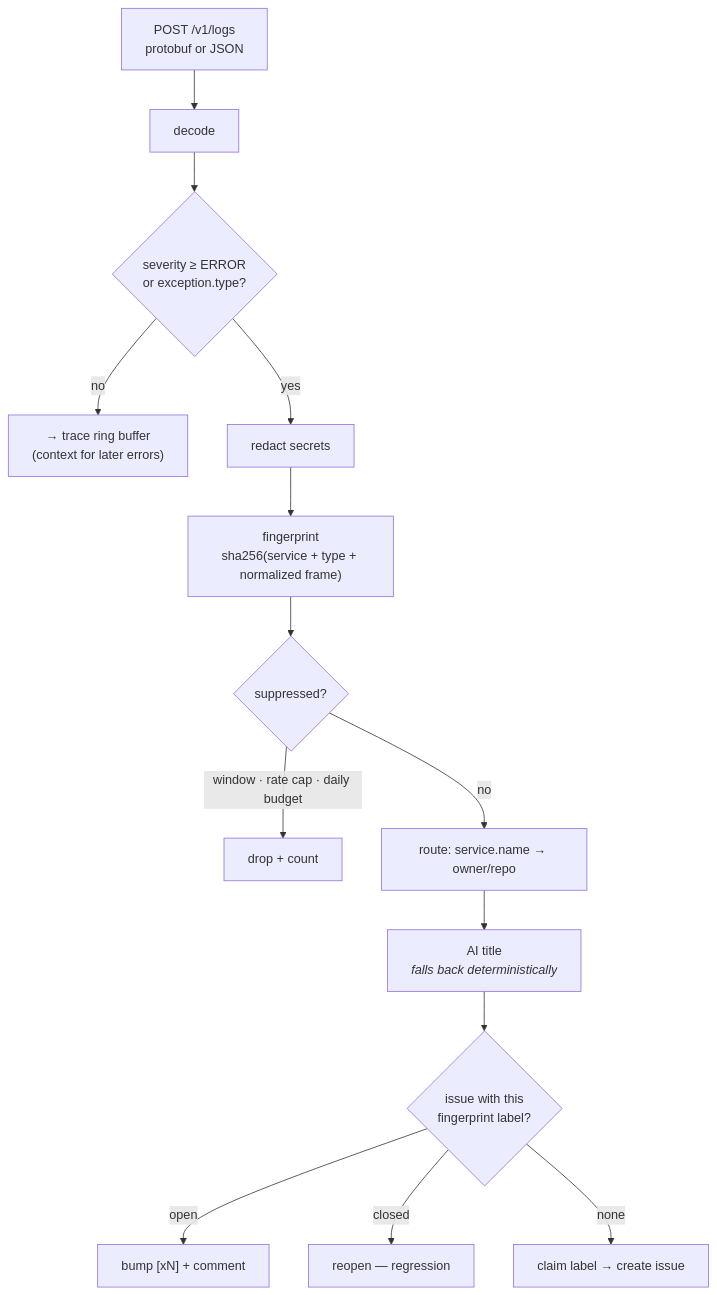
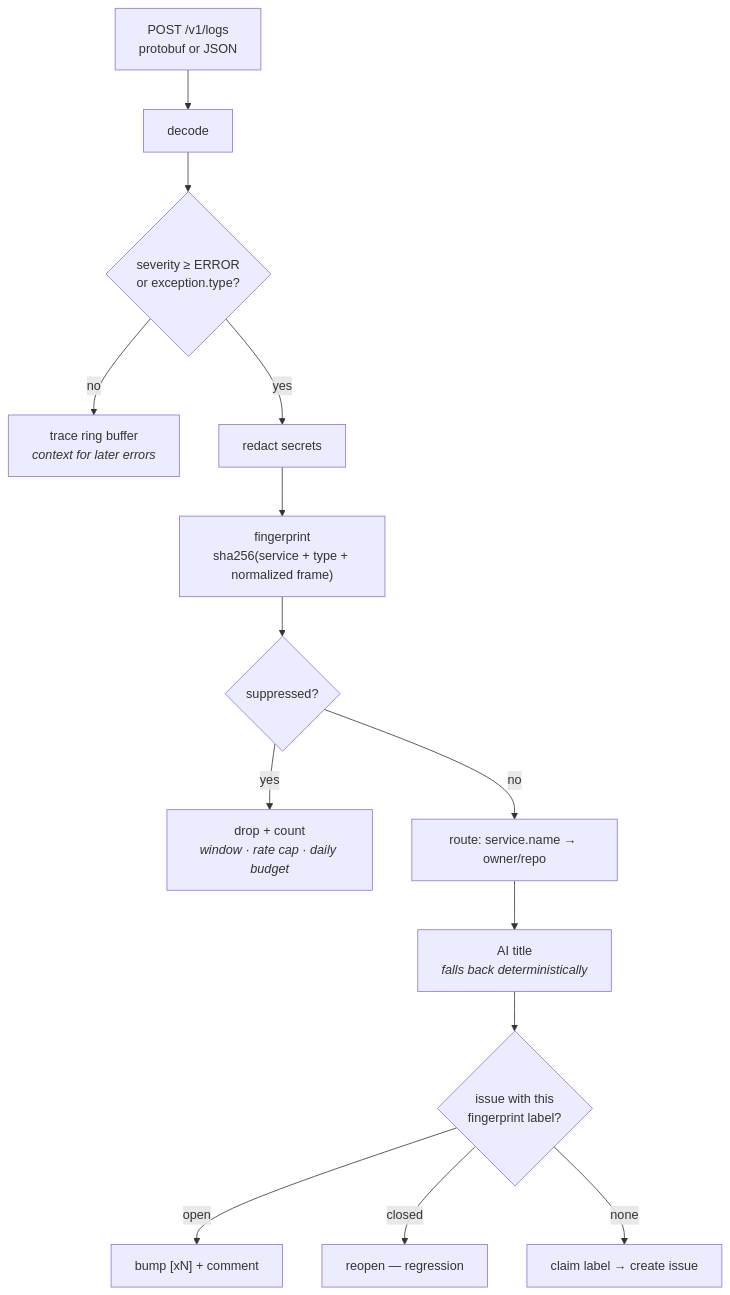
The second of 2 diagrams in README.md (matthiasbigl/err2issue), drawn with Mermaid before and after one commit. The commit also changed other lines of this file and 9 other files, not shown here.

````diff
--- a/README.md
+++ b/README.md
@@ -40,16 +39,16 @@
 ```mermaid
 flowchart TD
     IN["POST /v1/logs<br/>protobuf or JSON"] --> DEC["decode"]
     DEC --> SEL{"severity ≥ ERROR<br/>or exception.type?"}
-    SEL -->|no| BUF["→ trace ring buffer<br/>(context for later errors)"]
+    SEL -->|no| BUF["trace ring buffer<br/><i>context for later errors</i>"]
     SEL -->|yes| RED["redact secrets"]
     RED --> FP["fingerprint<br/>sha256(service + type + normalized frame)"]
     FP --> SUP{"suppressed?"}
-    SUP -->|"window · rate cap · daily budget"| DROP["drop + count"]
+    SUP -->|yes| DROP["drop + count<br/><i>window · rate cap · daily budget</i>"]
     SUP -->|no| ROUTE["route: service.name → owner/repo"]
     ROUTE --> ENR["AI title<br/><i>falls back deterministically</i>"]
     ENR --> LOOK{"issue with this<br/>fingerprint label?"}
-    LOOK -->|"open"| CMT["bump [xN] + comment"]
-    LOOK -->|"closed"| REO["reopen — regression"]
-    LOOK -->|"none"| NEW["claim label → create issue"]
+    LOOK -->|open| CMT["bump [xN] + comment"]
+    LOOK -->|closed| REO["reopen — regression"]
+    LOOK -->|none| NEW["claim label → create issue"]
 ```
````
